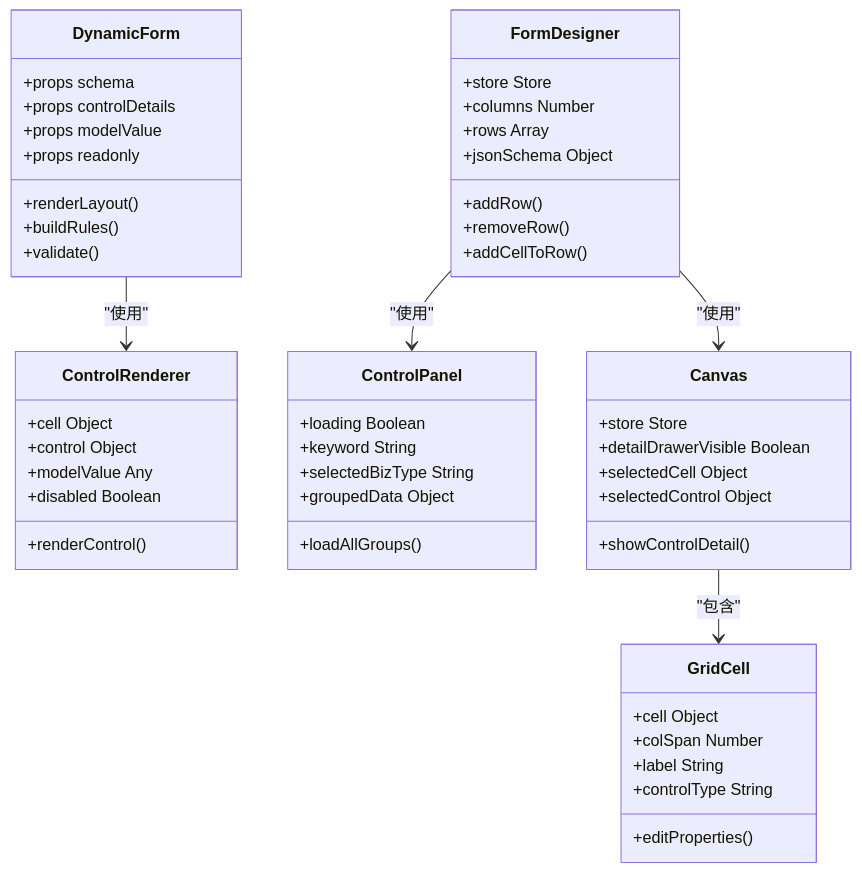
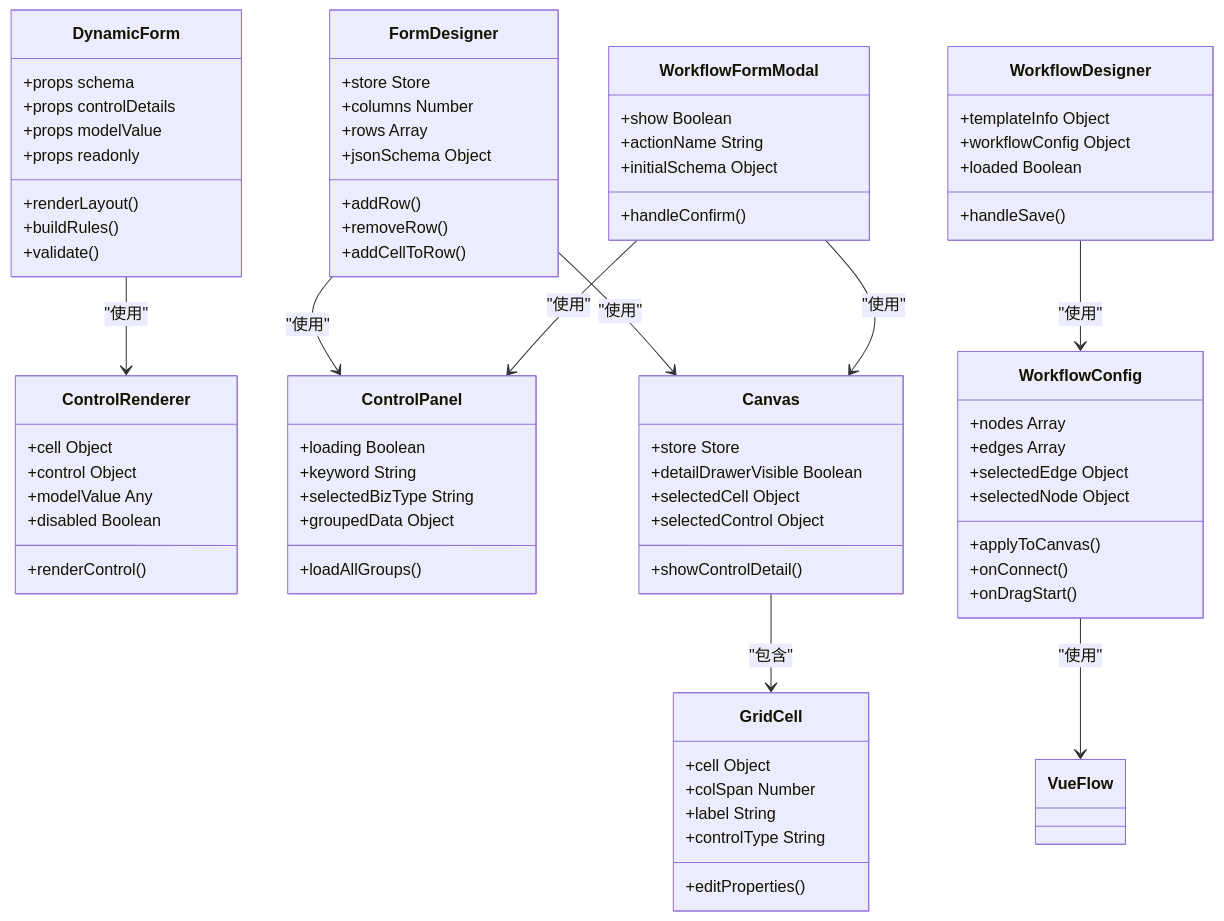
The sixth of 8 diagrams in .qoder/repowiki/zh/content/前端架构设计/前端架构设计.md (NJMrLi/genetics), drawn with Mermaid before and after one commit. The commit also changed other lines of this file and 21 other files, not shown here.

````diff
--- a/.qoder/repowiki/zh/content/前端架构设计/前端架构设计.md
+++ b/.qoder/repowiki/zh/content/前端架构设计/前端架构设计.md
@@ -233,53 +311,78 @@
 ```mermaid
 classDiagram
 class DynamicForm {
 +props schema
 +props controlDetails
 +props modelValue
 +props readonly
 +renderLayout()
 +buildRules()
 +validate()
 }
 class ControlRenderer {
 +cell Object
 +control Object
 +modelValue Any
 +disabled Boolean
 +renderControl()
 }
 class FormDesigner {
 +store Store
 +columns Number
 +rows Array
 +jsonSchema Object
 +addRow()
 +removeRow()
 +addCellToRow()
 }
 class ControlPanel {
 +loading Boolean
 +keyword String
 +selectedBizType String
 +groupedData Object
 +loadAllGroups()
 }
 class Canvas {
 +store Store
 +detailDrawerVisible Boolean
 +selectedCell Object
 +selectedControl Object
 +showControlDetail()
 }
 class GridCell {
 +cell Object
 +colSpan Number
 +label String
 +controlType String
 +editProperties()
 }
+class WorkflowConfig {
++nodes Array
++edges Array
++selectedEdge Object
++selectedNode Object
++applyToCanvas()
++onConnect()
++onDragStart()
+}
+class WorkflowFormModal {
++show Boolean
++actionName String
++initialSchema Object
++handleConfirm()
+}
+class WorkflowDesigner {
++templateInfo Object
++workflowConfig Object
++loaded Boolean
++handleSave()
+}
 DynamicForm --> ControlRenderer : "使用"
 FormDesigner --> ControlPanel : "使用"
 FormDesigner --> Canvas : "使用"
 Canvas --> GridCell : "包含"
+WorkflowConfig --> VueFlow : "使用"
+WorkflowFormModal --> ControlPanel : "使用"
+WorkflowFormModal --> Canvas : "使用"
+WorkflowDesigner --> WorkflowConfig : "使用"
 ```
````
